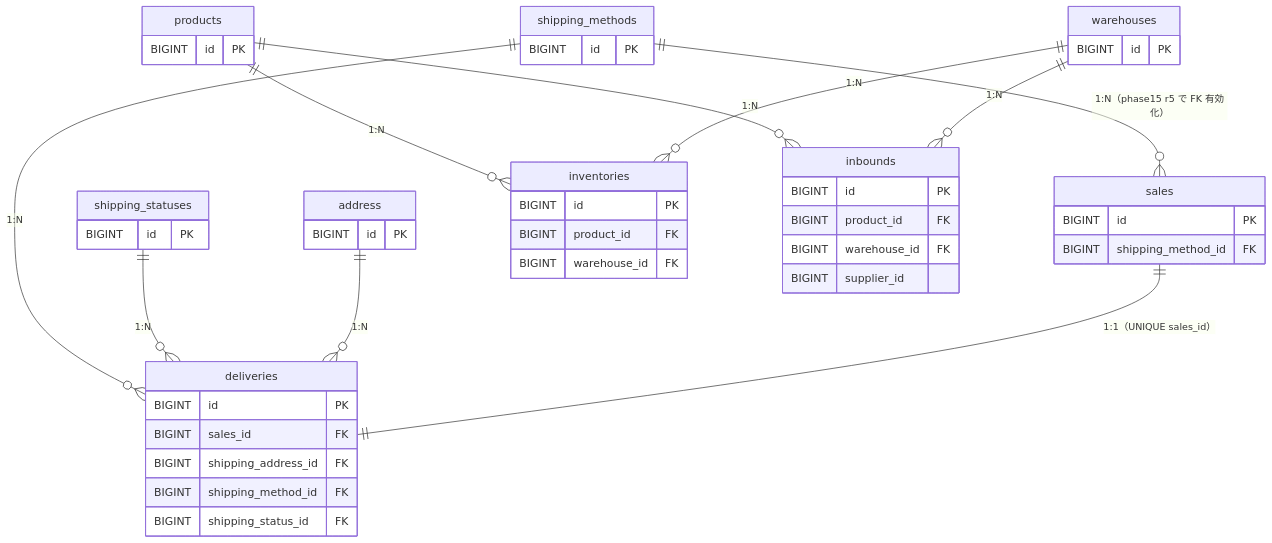
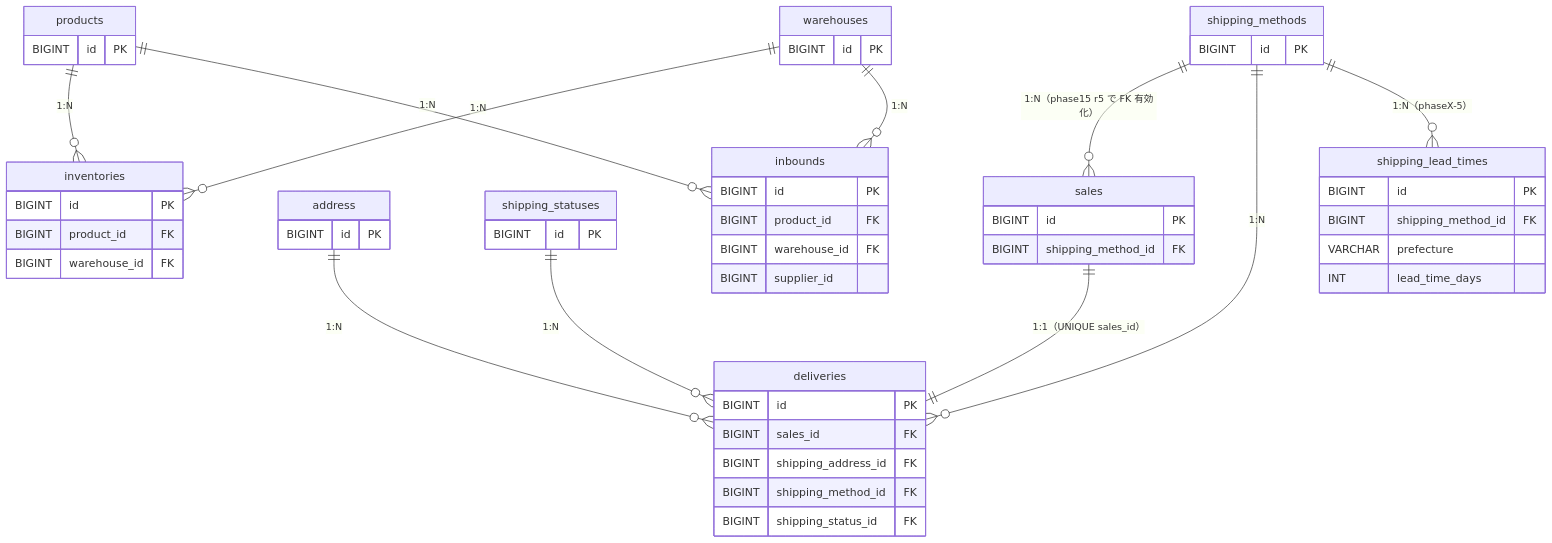
The sixth of 10 diagrams in docs/database_design/ER_diagram.md (Tetsu0222/amazia), drawn with Mermaid before and after one commit. The commit also changed other lines of this file and 40 other files, not shown here.

````diff
--- a/docs/database_design/ER_diagram.md
+++ b/docs/database_design/ER_diagram.md
@@ -256,58 +256,66 @@
 ```mermaid
 erDiagram
     products {
         BIGINT id PK
     }
 
     sales {
         BIGINT id PK
         BIGINT shipping_method_id FK
     }
 
     address {
         BIGINT id PK
     }
 
     shipping_statuses {
         BIGINT id PK
     }
 
     shipping_methods {
         BIGINT id PK
     }
 
     warehouses {
         BIGINT id PK
     }
 
     inventories {
         BIGINT id PK
         BIGINT product_id FK
         BIGINT warehouse_id FK
     }
 
     inbounds {
         BIGINT id PK
         BIGINT product_id FK
         BIGINT warehouse_id FK
         BIGINT supplier_id
     }
 
     deliveries {
         BIGINT id PK
         BIGINT sales_id FK
         BIGINT shipping_address_id FK
         BIGINT shipping_method_id FK
         BIGINT shipping_status_id FK
     }
 
+    shipping_lead_times {
+        BIGINT id PK
+        BIGINT shipping_method_id FK
+        VARCHAR prefecture
+        INT lead_time_days
+    }
+
     shipping_methods ||--o{ sales : "1:N（phase15 r5 で FK 有効化）"
     shipping_methods ||--o{ deliveries : "1:N"
     shipping_statuses ||--o{ deliveries : "1:N"
     address ||--o{ deliveries : "1:N"
     sales ||--|| deliveries : "1:1（UNIQUE sales_id）"
+    shipping_methods ||--o{ shipping_lead_times : "1:N（phaseX-5）"
     products ||--o{ inventories : "1:N"
     warehouses ||--o{ inventories : "1:N"
     products ||--o{ inbounds : "1:N"
     warehouses ||--o{ inbounds : "1:N"
 ```
````
